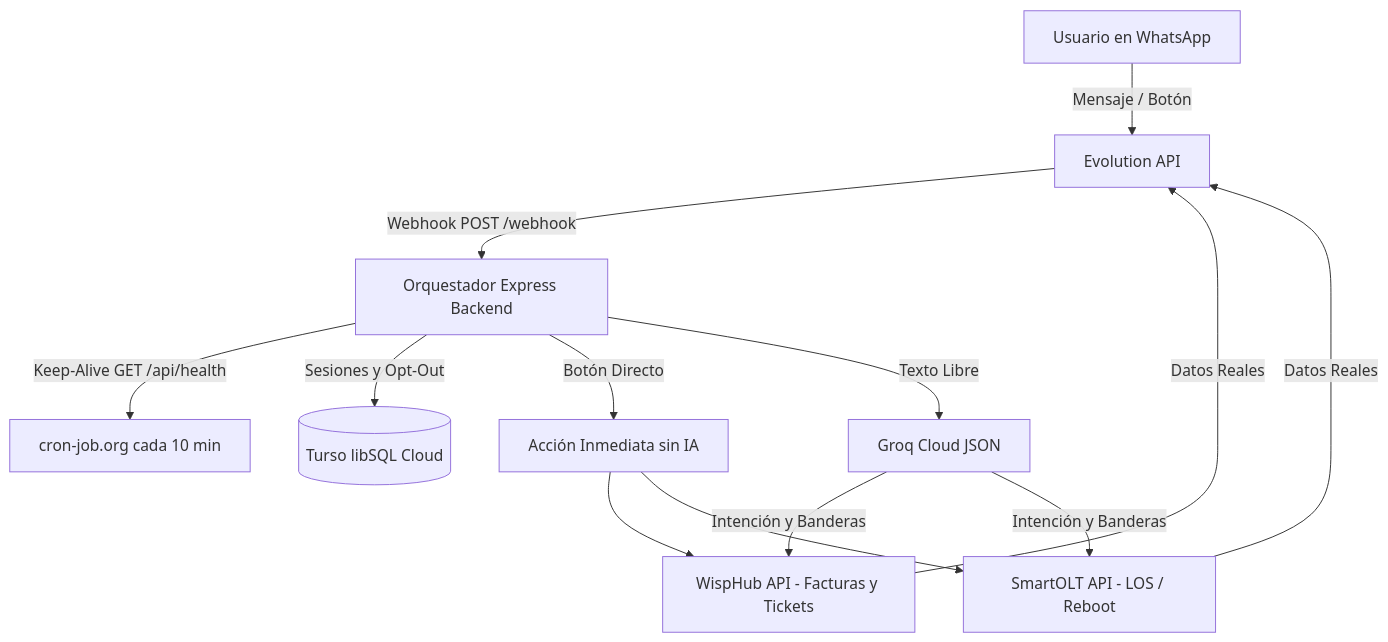
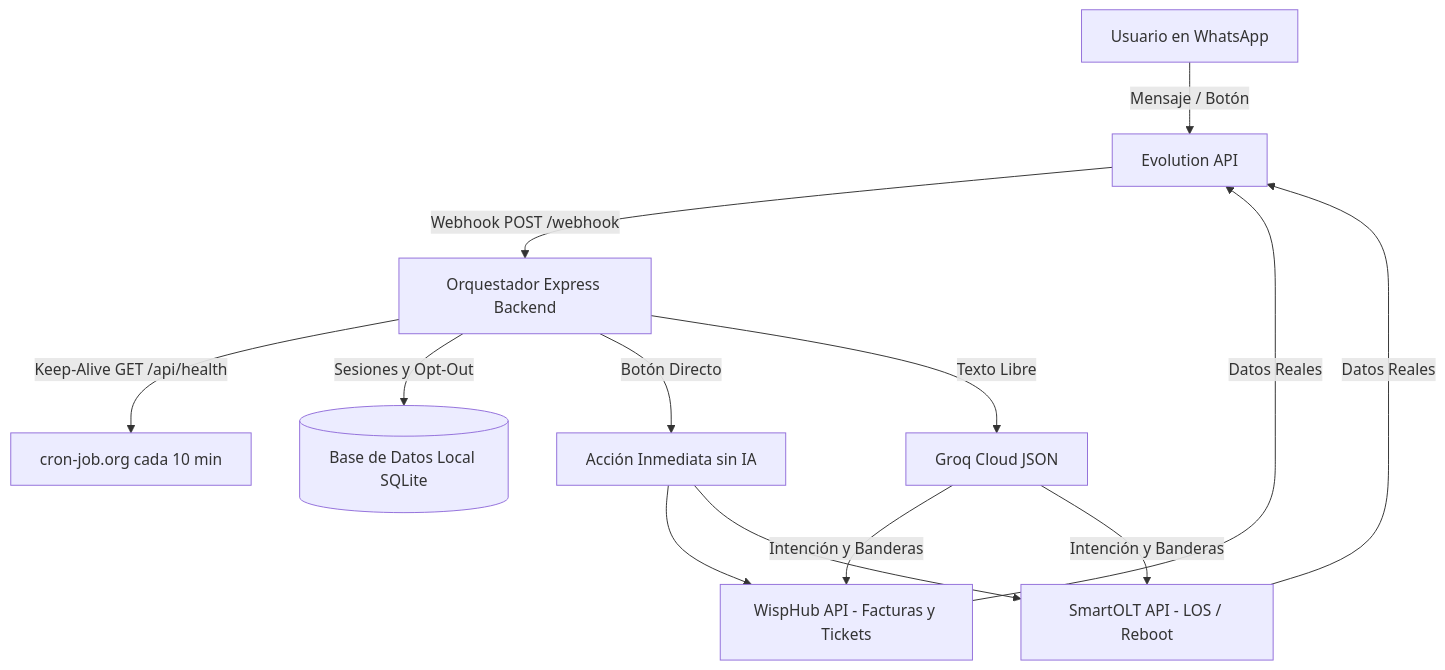
One commit to juxnmorxn/chatbot changed the diagram in README.md. Above: the diagram before and after it, drawn with Mermaid. The commit also changed other lines of this file and 20 other files, not shown here.

````diff
--- a/README.md
+++ b/README.md
@@ -9,19 +9,19 @@
 ```mermaid
 flowchart TD
     WA[Usuario en WhatsApp] -->|Mensaje / Botón| EVO[Evolution API]
     EVO -->|Webhook POST /webhook| BOT[Orquestador Express Backend]
     
     BOT -->|Keep-Alive GET /api/health| CRON[cron-job.org cada 10 min]
-    BOT -->|Sesiones y Opt-Out| TURSO[(Turso libSQL Cloud)]
+    BOT -->|Sesiones y Opt-Out| DB[(Base de Datos Local SQLite)]
     
     BOT -->|Botón Directo| ACC[Acción Inmediata sin IA]
     BOT -->|Texto Libre| GROQ[Groq Cloud JSON]
     
     ACC --> WISP[WispHub API - Facturas y Tickets]
     ACC --> OLT[SmartOLT API - LOS / Reboot]
     GROQ -->|Intención y Banderas| WISP
     GROQ -->|Intención y Banderas| OLT
     
     WISP -->|Datos Reales| EVO
     OLT -->|Datos Reales| EVO
 ```
````
